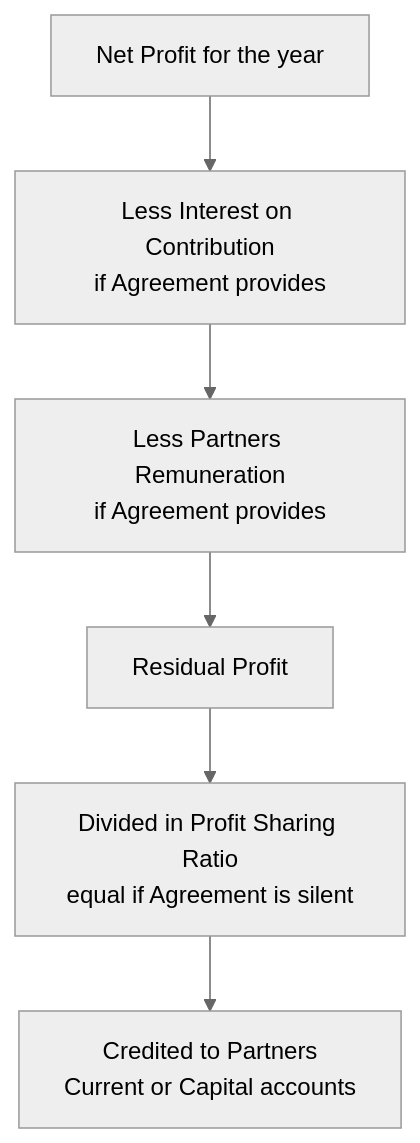
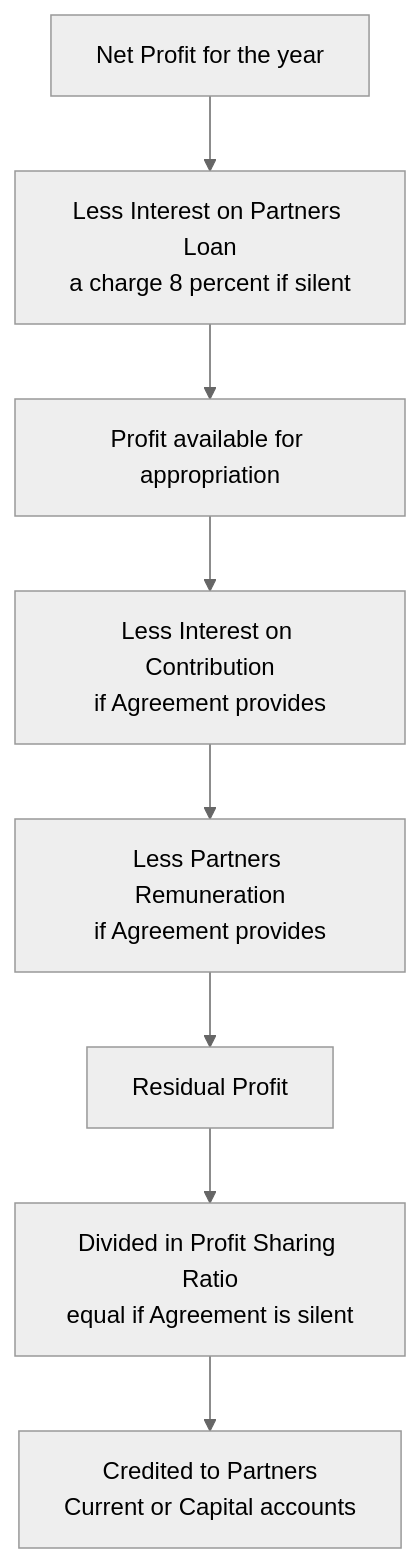
One commit to saikumarkaleru/certifications changed the third of 4 diagrams in CA/concept-notes/Accounting/md/44_accounting-for-llp.md. Above: the diagram before and after it, drawn with Mermaid (neutral theme). The commit also changed other lines of this file and 117 other files, not shown here.

````diff
--- a/CA/concept-notes/Accounting/md/44_accounting-for-llp.md
+++ b/CA/concept-notes/Accounting/md/44_accounting-for-llp.md
@@ -105,8 +142,10 @@
 ```mermaid
 flowchart TD
-    NP["Net Profit for the year"] --> INT["Less Interest on Contribution<br/>if Agreement provides"]
+    NP["Net Profit for the year"] --> LOAN["Less Interest on Partners Loan<br/>a charge 8 percent if silent"]
+    LOAN --> APPBASE["Profit available for appropriation"]
+    APPBASE --> INT["Less Interest on Contribution<br/>if Agreement provides"]
     INT --> REM["Less Partners Remuneration<br/>if Agreement provides"]
     REM --> RES["Residual Profit"]
     RES --> PSR["Divided in Profit Sharing Ratio<br/>equal if Agreement is silent"]
     PSR --> PC["Credited to Partners<br/>Current or Capital accounts"]
 ```
````
